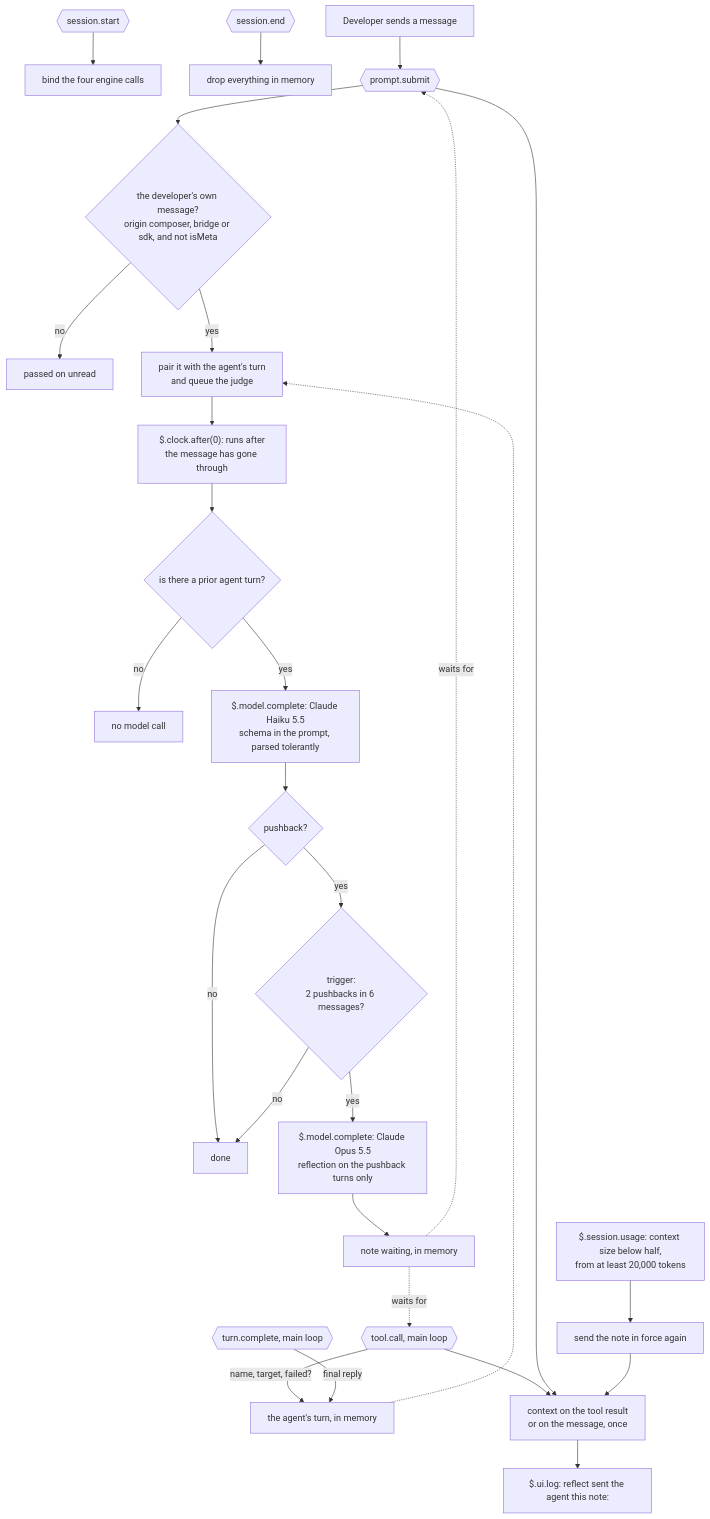
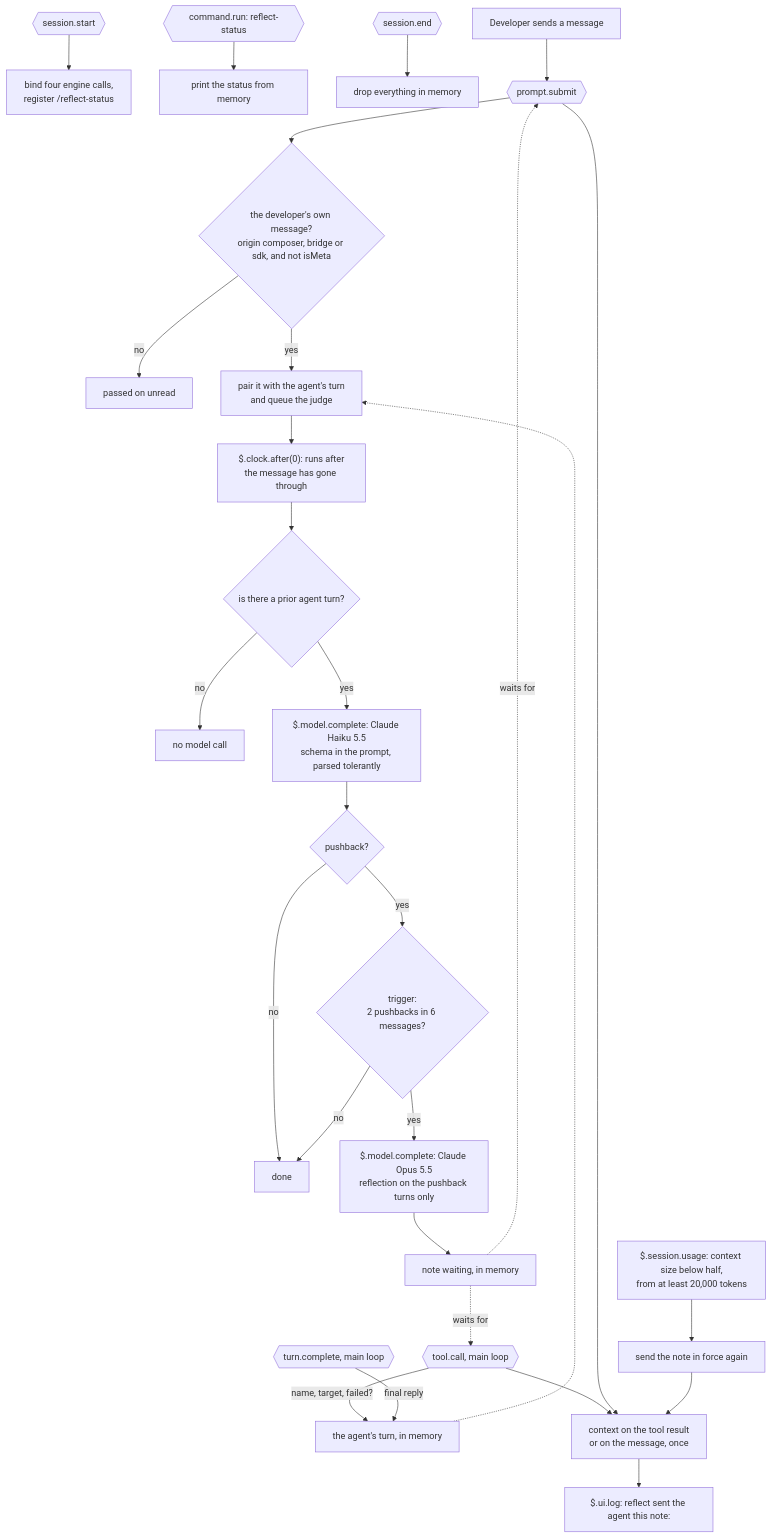
One commit to chanjoongx/reflect changed the first of 2 diagrams in ARCHITECTURE.md. Above: the diagram before and after it, drawn with Mermaid. The commit also changed other lines of this file and 28 other files, not shown here.

````diff
--- a/ARCHITECTURE.md
+++ b/ARCHITECTURE.md
@@ -13,29 +13,30 @@
 ```mermaid
 flowchart TD
-    SS{{"session.start"}} --> BIND["bind the four engine calls"]
+    SS{{"session.start"}} --> BIND["bind four engine calls,<br/>register /reflect-status"]
+    CR{{"command.run: reflect-status"}} --> STAT["print the status from memory"]
     SE{{"session.end"}} --> DROP["drop everything in memory"]
     M["Developer sends a message"] --> PS{{"prompt.submit"}}
     PS --> ORIG{"the developer's own message?<br/>origin composer, bridge or sdk, and not isMeta"}
     ORIG -- no --> PASS["passed on unread"]
     ORIG -- yes --> Q["pair it with the agent's turn<br/>and queue the judge"]
     Q --> CLK["$.clock.after(0): runs after<br/>the message has gone through"]
     CLK --> GATE{"is there a prior agent turn?"}
     GATE -- no --> SKIP["no model call"]
     GATE -- yes --> JUDGE["$.model.complete: Claude Haiku 5.5<br/>schema in the prompt, parsed tolerantly"]
     JUDGE --> PB{"pushback?"}
     PB -- no --> DONE["done"]
     PB -- yes --> ACC{"trigger:<br/>2 pushbacks in 6 messages?"}
     ACC -- no --> DONE
     ACC -- yes --> REF["$.model.complete: Claude Opus 5.5<br/>reflection on the pushback turns only"]
     REF --> NOTE["note waiting, in memory"]
     TC{{"tool.call, main loop"}} -- "name, target, failed?" --> TURN["the agent's turn, in memory"]
     TCOMP{{"turn.complete, main loop"}} -- "final reply" --> TURN
     TURN -.-> Q
     NOTE -. waits for .-> TC
     NOTE -. waits for .-> PS
     TC --> CTX["context on the tool result<br/>or on the message, once"]
     PS --> CTX
     CTX --> LOG["$.ui.log: reflect sent the agent this note:"]
     USE["$.session.usage: context size below half,<br/>from at least 20,000 tokens"] --> AGAIN["send the note in force again"]
     AGAIN --> CTX
 ```
````
